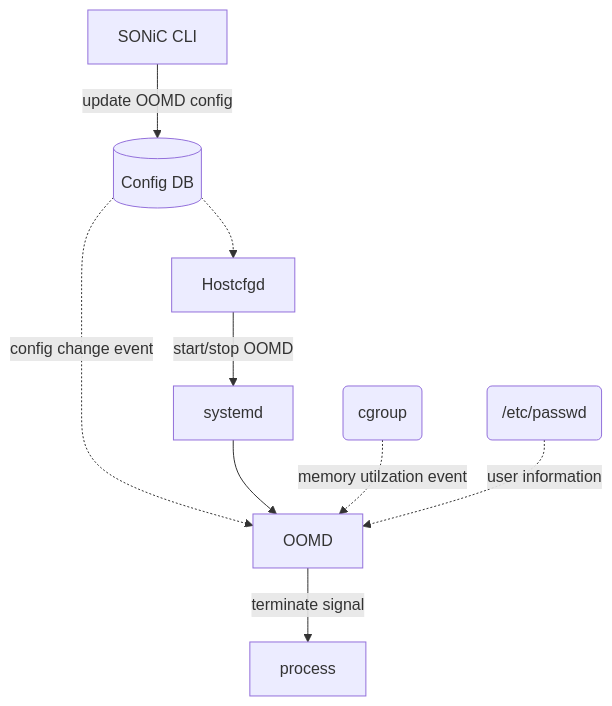
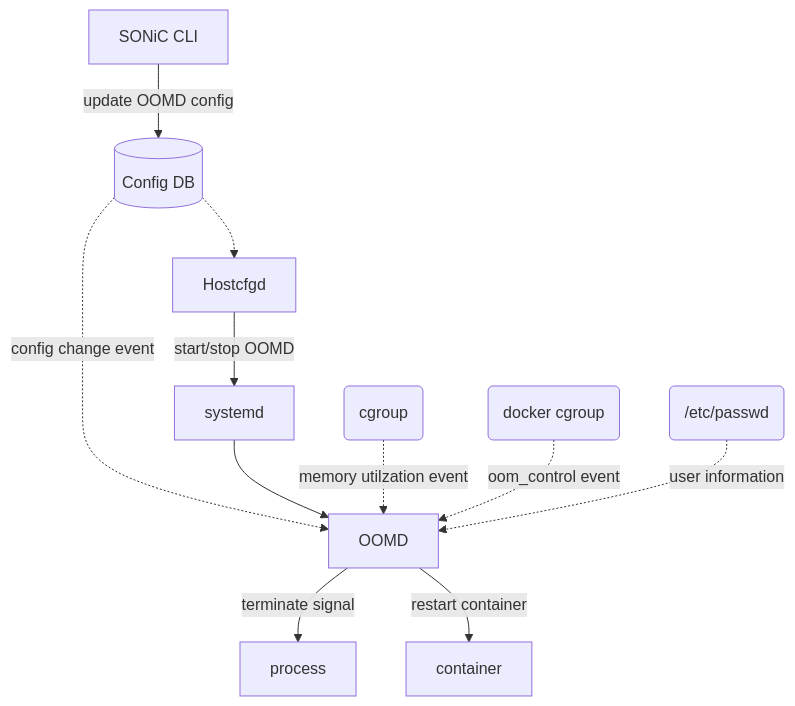
One commit to sonic-net/SONiC changed the first of 2 diagrams in doc/oomd/SONiC OOM daemon.md. Above: the diagram before and after it, drawn with Mermaid. The commit also changed other lines of this file and 1 other file, not shown here.

Commit message:
Improve document add docker container monitor.

````diff
--- a/doc/oomd/SONiC OOM daemon.md
+++ b/doc/oomd/SONiC OOM daemon.md
@@ -72,25 +76,30 @@
 ```mermaid
 graph TD;
 %% SONiC CLI update config DB
 CLI[SONiC CLI] -- update OOMD config --> CONFDB[(Config DB)];
 
 
 %% HostCfgd/OOMD subscribe config DB change
 CONFDB -.-> HOSTCFGD[Hostcfgd];
 CONFDB -. config change event .-> OOMD[OOMD];
 
 %% HostCfgd start/stop OOMD
 HOSTCFGD -- start/stop OOMD --> systemd[systemd];
 systemd --> OOMD;
 
 %% OOMD subscript memory utilzation event from cgroup
 CGROUP(cgroup) -. memory utilzation event .-> OOMD; 
 
+%% OOMD subscript oom_control event from cgroup
+DOCKERCGROUP(docker cgroup) -. oom_control event .-> OOMD; 
+
 %% OOMD get user info from /etc/passwd
 passwd(/etc/passwd) -. user information .-> OOMD;
 
 %% OOMD terminate user session/procress when memory utilzation reach high-water mark
 OOMD -- terminate signal --> process[process]
 
+%% OOMD re-start docker container when container OOM happen
+OOMD -- restart container --> container[container]
 
 ```
````
